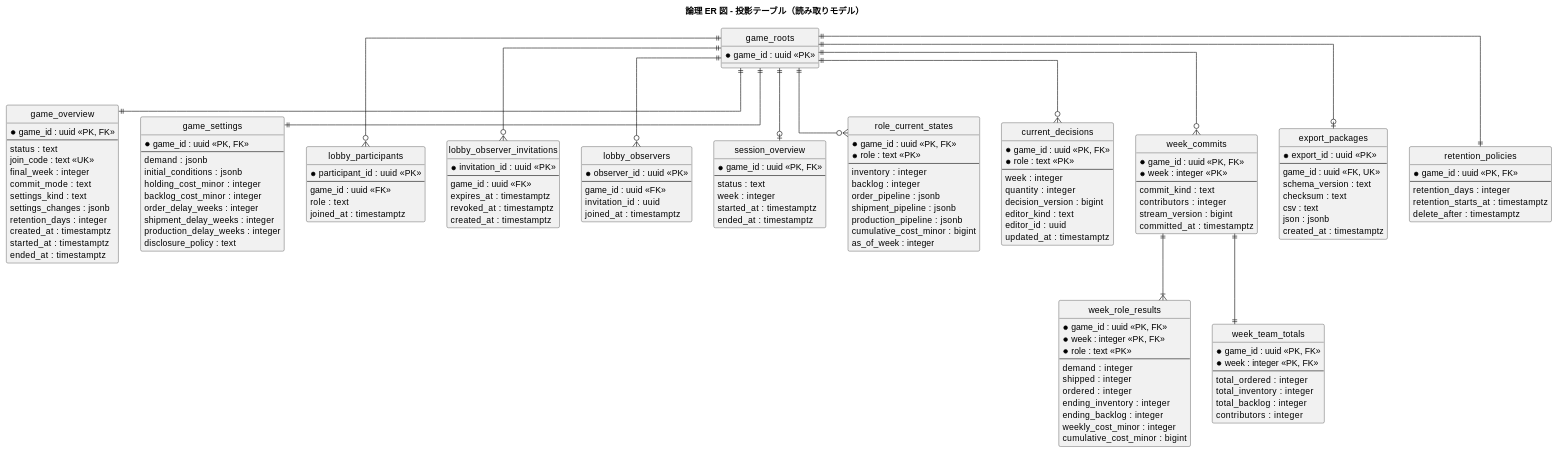
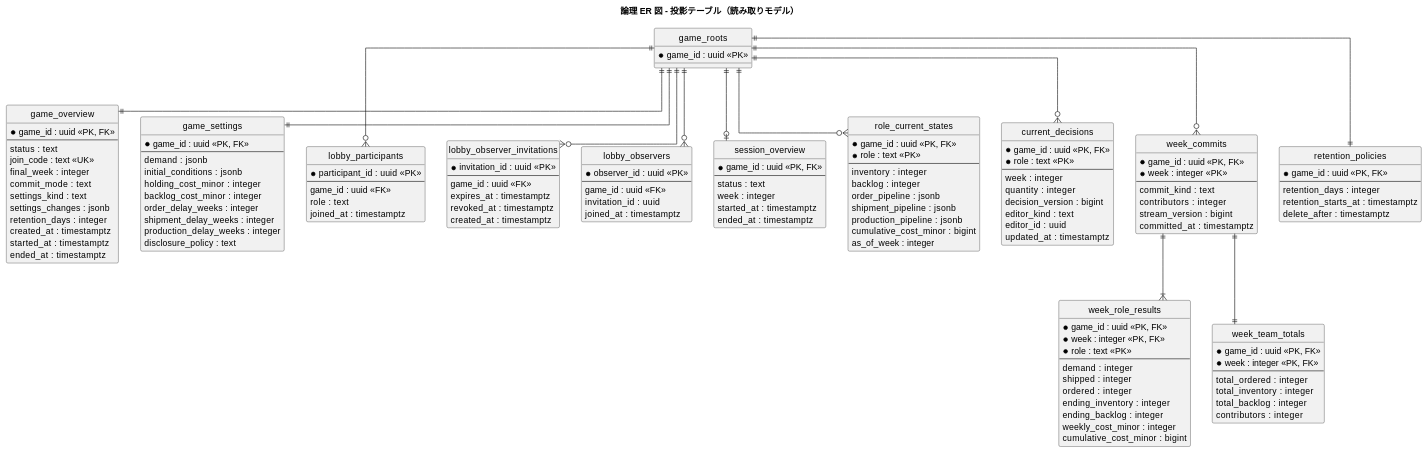
One commit to k2works/case-study-beer-game-simulation changed the third of 5 diagrams in docs/design/beer-game-kotlin/data-model.md. Above: the diagram before and after it, drawn with PlantUML. The commit also changed other lines of this file and 8 other files, not shown here.

````diff
--- a/docs/design/beer-game-kotlin/data-model.md
+++ b/docs/design/beer-game-kotlin/data-model.md
@@ -320,17 +320,6 @@
   contributors : integer
 }
 
-entity "export_packages" as ex {
-  * export_id : uuid <<PK>>
-  --
-  game_id : uuid <<FK, UK>>
-  schema_version : text
-  checksum : text
-  csv : text
-  json : jsonb
-  created_at : timestamptz
-}
-
 entity "retention_policies" as rp {
   * game_id : uuid <<PK, FK>>
   --
@@ -350,7 +339,6 @@
 roots ||--o{ wc
 wc ||--|{ wrr
 wc ||--|| wtt
-roots ||--o| ex
 roots ||--|| rp
 @enduml
 ```
````
